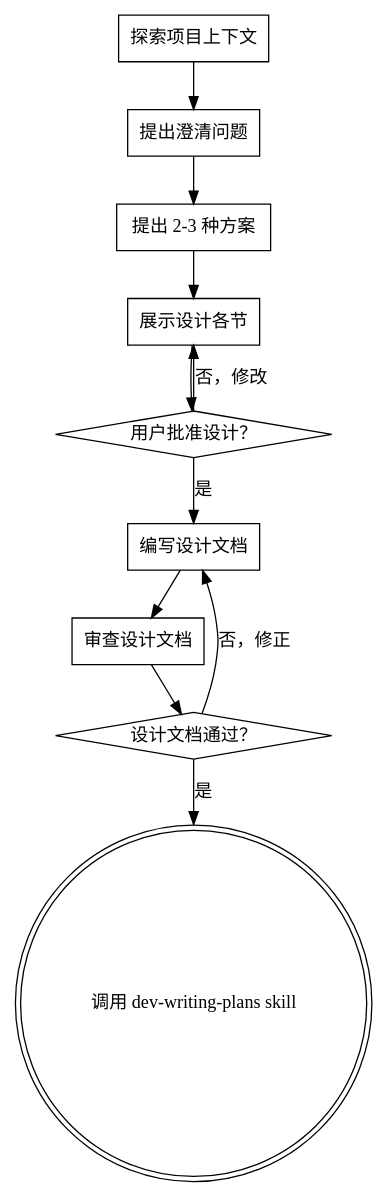
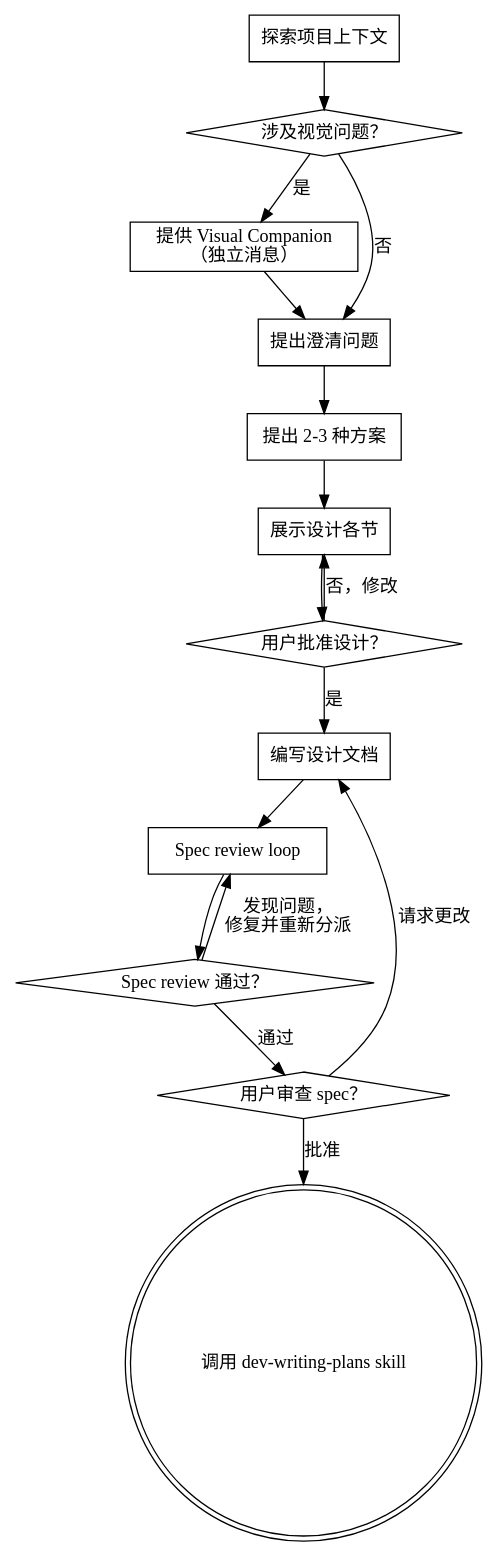
Before and after one commit to moyueheng/coding-everything: the diagram in kimi/skills/dev-brainstorming/SKILL.md, drawn with Graphviz. The commit also changed other lines of this file and 1 other file, not shown here.

First line of the commit message:
refactor(skills): streamline review loops per superpowers v5.0.x

````diff
--- a/kimi/skills/dev-brainstorming/SKILL.md
+++ b/kimi/skills/dev-brainstorming/SKILL.md
@@ -36,24 +38,32 @@
 ```dot
 digraph brainstorming {
     "探索项目上下文" [shape=box];
+    "涉及视觉问题？" [shape=diamond];
+    "提供 Visual Companion\n（独立消息）" [shape=box];
     "提出澄清问题" [shape=box];
     "提出 2-3 种方案" [shape=box];
     "展示设计各节" [shape=box];
     "用户批准设计？" [shape=diamond];
     "编写设计文档" [shape=box];
-    "审查设计文档" [shape=box];
-    "设计文档通过？" [shape=diamond];
+    "Spec review loop" [shape=box];
+    "Spec review 通过？" [shape=diamond];
+    "用户审查 spec？" [shape=diamond];
     "调用 dev-writing-plans skill" [shape=doublecircle];
 
-    "探索项目上下文" -> "提出澄清问题";
+    "探索项目上下文" -> "涉及视觉问题？";
+    "涉及视觉问题？" -> "提供 Visual Companion\n（独立消息）" [label="是"];
+    "涉及视觉问题？" -> "提出澄清问题" [label="否"];
+    "提供 Visual Companion\n（独立消息）" -> "提出澄清问题";
     "提出澄清问题" -> "提出 2-3 种方案";
     "提出 2-3 种方案" -> "展示设计各节";
     "展示设计各节" -> "用户批准设计？";
     "用户批准设计？" -> "展示设计各节" [label="否，修改"];
     "用户批准设计？" -> "编写设计文档" [label="是"];
-    "编写设计文档" -> "审查设计文档";
-    "审查设计文档" -> "设计文档通过？";
-    "设计文档通过？" -> "编写设计文档" [label="否，修正"];
-    "设计文档通过？" -> "调用 dev-writing-plans skill" [label="是"];
+    "编写设计文档" -> "Spec review loop";
+    "Spec review loop" -> "Spec review 通过？";
+    "Spec review 通过？" -> "Spec review loop" [label="发现问题，\n修复并重新分派"];
+    "Spec review 通过？" -> "用户审查 spec？" [label="通过"];
+    "用户审查 spec？" -> "编写设计文档" [label="请求更改"];
+    "用户审查 spec？" -> "调用 dev-writing-plans skill" [label="批准"];
 }
 ```
````
